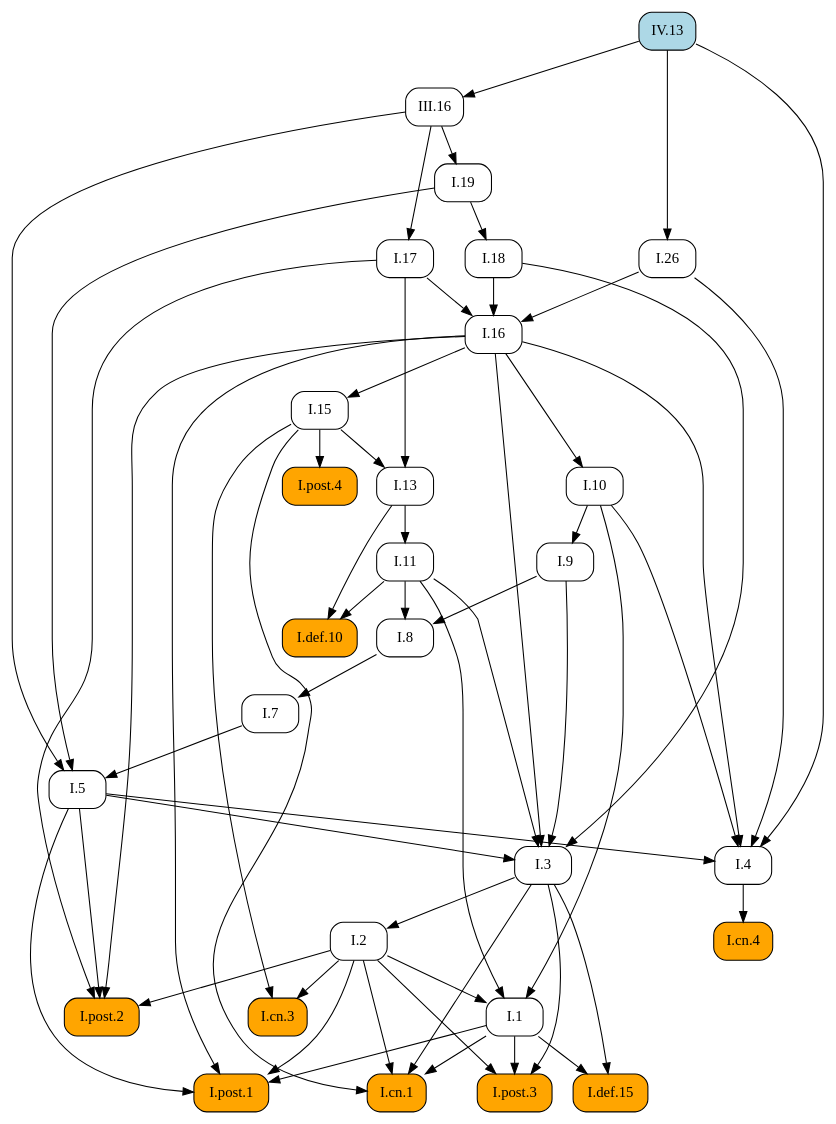
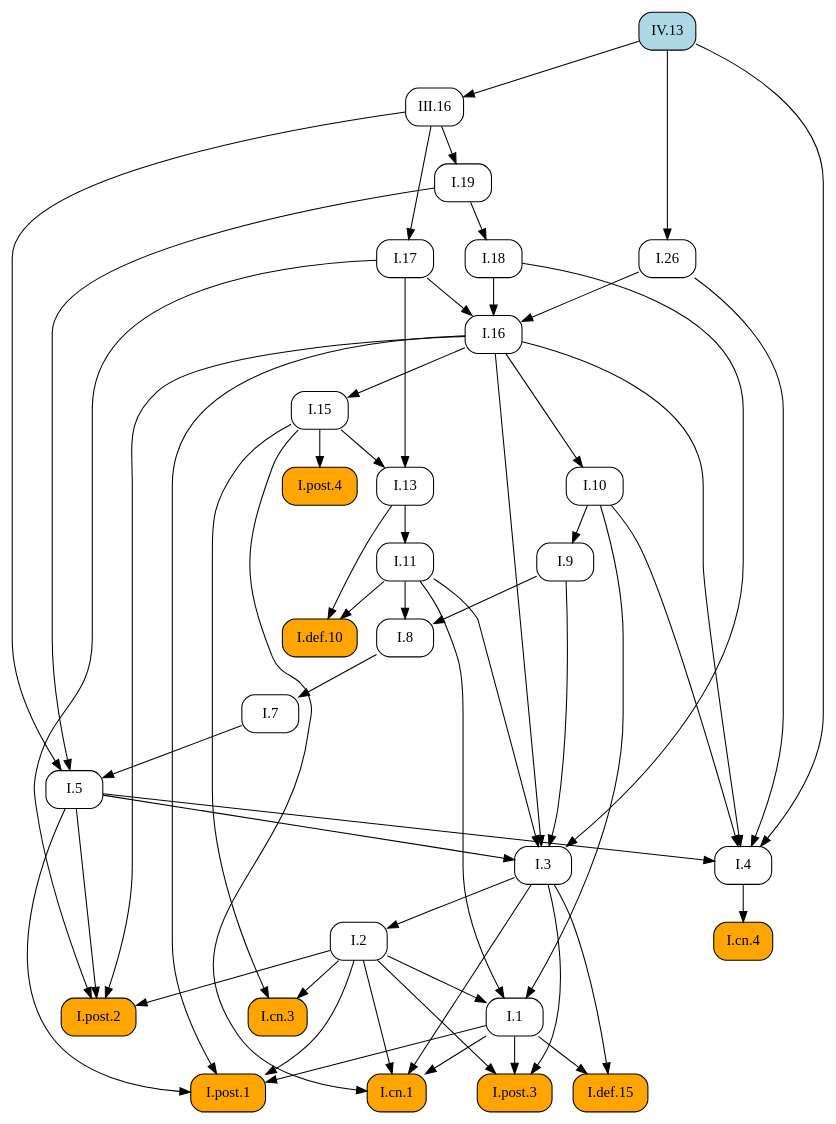
Before and after one commit to geometor/elements: the diagram in docsrc/heath/IV/13/index.rst, drawn with Graphviz. The commit also changed other lines of this file and 484 other files, not shown here.

```diff
--- a/docsrc/heath/IV/13/index.rst
+++ b/docsrc/heath/IV/13/index.rst
@@ -77,89 +77,89 @@
    digraph {
      rankdir="TB";
      node [shape=box, style=rounded];
-     "I.def.10" [style="rounded,filled", fillcolor=orange, URL="/heath/I/def.10/", target="_top"];
-     "I.11" [URL="/heath/I/11/", target="_top"];
-     "I.post.4" [style="rounded,filled", fillcolor=orange, URL="/heath/I/post.4/", target="_top"];
-     "I.1" [URL="/heath/I/1/", target="_top"];
-     "III.16" [URL="/heath/III/16/", target="_top"];
-     "I.26" [URL="/heath/I/26/", target="_top"];
-     "I.7" [URL="/heath/I/7/", target="_top"];
-     "I.3" [URL="/heath/I/3/", target="_top"];
-     "IV.13" [style="rounded,filled", fillcolor=lightblue, URL="/heath/IV/13/", target="_top"];
-     "I.2" [URL="/heath/I/2/", target="_top"];
-     "I.4" [URL="/heath/I/4/", target="_top"];
-     "I.13" [URL="/heath/I/13/", target="_top"];
-     "I.17" [URL="/heath/I/17/", target="_top"];
-     "I.post.2" [style="rounded,filled", fillcolor=orange, URL="/heath/I/post.2/", target="_top"];
-     "I.18" [URL="/heath/I/18/", target="_top"];
-     "I.16" [URL="/heath/I/16/", target="_top"];
-     "I.def.15" [style="rounded,filled", fillcolor=orange, URL="/heath/I/def.15/", target="_top"];
-     "I.19" [URL="/heath/I/19/", target="_top"];
-     "I.post.3" [style="rounded,filled", fillcolor=orange, URL="/heath/I/post.3/", target="_top"];
      "I.9" [URL="/heath/I/9/", target="_top"];
      "I.cn.1" [style="rounded,filled", fillcolor=orange, URL="/heath/I/cn.1/", target="_top"];
+     "I.7" [URL="/heath/I/7/", target="_top"];
+     "I.2" [URL="/heath/I/2/", target="_top"];
+     "I.def.15" [style="rounded,filled", fillcolor=orange, URL="/heath/I/def.15/", target="_top"];
+     "I.13" [URL="/heath/I/13/", target="_top"];
+     "I.post.4" [style="rounded,filled", fillcolor=orange, URL="/heath/I/post.4/", target="_top"];
+     "I.4" [URL="/heath/I/4/", target="_top"];
+     "I.1" [URL="/heath/I/1/", target="_top"];
+     "I.post.3" [style="rounded,filled", fillcolor=orange, URL="/heath/I/post.3/", target="_top"];
+     "I.post.1" [style="rounded,filled", fillcolor=orange, URL="/heath/I/post.1/", target="_top"];
+     "I.5" [URL="/heath/I/5/", target="_top"];
+     "I.19" [URL="/heath/I/19/", target="_top"];
+     "I.17" [URL="/heath/I/17/", target="_top"];
+     "I.8" [URL="/heath/I/8/", target="_top"];
      "I.cn.3" [style="rounded,filled", fillcolor=orange, URL="/heath/I/cn.3/", target="_top"];
-     "I.8" [URL="/heath/I/8/", target="_top"];
+     "III.16" [URL="/heath/III/16/", target="_top"];
+     "I.16" [URL="/heath/I/16/", target="_top"];
+     "I.def.10" [style="rounded,filled", fillcolor=orange, URL="/heath/I/def.10/", target="_top"];
+     "I.18" [URL="/heath/I/18/", target="_top"];
+     "I.15" [URL="/heath/I/15/", target="_top"];
+     "I.10" [URL="/heath/I/10/", target="_top"];
+     "I.11" [URL="/heath/I/11/", target="_top"];
      "I.cn.4" [style="rounded,filled", fillcolor=orange, URL="/heath/I/cn.4/", target="_top"];
-     "I.15" [URL="/heath/I/15/", target="_top"];
-     "I.post.1" [style="rounded,filled", fillcolor=orange, URL="/heath/I/post.1/", target="_top"];
-     "I.10" [URL="/heath/I/10/", target="_top"];
-     "I.5" [URL="/heath/I/5/", target="_top"];
-     "I.11" -> "I.def.10";
-     "I.13" -> "I.def.10";
-     "I.13" -> "I.11";
+     "I.post.2" [style="rounded,filled", fillcolor=orange, URL="/heath/I/post.2/", target="_top"];
+     "I.26" [URL="/heath/I/26/", target="_top"];
+     "IV.13" [style="rounded,filled", fillcolor=lightblue, URL="/heath/IV/13/", target="_top"];
+     "I.3" [URL="/heath/I/3/", target="_top"];
+     "I.10" -> "I.9";
+     "I.1" -> "I.cn.1";
+     "I.2" -> "I.cn.1";
+     "I.3" -> "I.cn.1";
+     "I.15" -> "I.cn.1";
+     "I.8" -> "I.7";
+     "I.3" -> "I.2";
+     "I.1" -> "I.def.15";
+     "I.3" -> "I.def.15";
+     "I.15" -> "I.13";
+     "I.17" -> "I.13";
      "I.15" -> "I.post.4";
+     "I.5" -> "I.4";
+     "I.10" -> "I.4";
+     "I.16" -> "I.4";
+     "I.26" -> "I.4";
+     "IV.13" -> "I.4";
      "I.2" -> "I.1";
      "I.10" -> "I.1";
      "I.11" -> "I.1";
+     "I.1" -> "I.post.3";
+     "I.2" -> "I.post.3";
+     "I.3" -> "I.post.3";
+     "I.1" -> "I.post.1";
+     "I.2" -> "I.post.1";
+     "I.5" -> "I.post.1";
+     "I.16" -> "I.post.1";
+     "I.7" -> "I.5";
+     "I.19" -> "I.5";
+     "III.16" -> "I.5";
+     "III.16" -> "I.19";
+     "III.16" -> "I.17";
+     "I.9" -> "I.8";
+     "I.11" -> "I.8";
+     "I.2" -> "I.cn.3";
+     "I.15" -> "I.cn.3";
      "IV.13" -> "III.16";
+     "I.17" -> "I.16";
+     "I.18" -> "I.16";
+     "I.26" -> "I.16";
+     "I.11" -> "I.def.10";
+     "I.13" -> "I.def.10";
+     "I.19" -> "I.18";
+     "I.16" -> "I.15";
+     "I.16" -> "I.10";
+     "I.13" -> "I.11";
+     "I.4" -> "I.cn.4";
+     "I.2" -> "I.post.2";
+     "I.5" -> "I.post.2";
+     "I.16" -> "I.post.2";
+     "I.17" -> "I.post.2";
      "IV.13" -> "I.26";
-     "I.8" -> "I.7";
      "I.5" -> "I.3";
      "I.9" -> "I.3";
      "I.11" -> "I.3";
      "I.16" -> "I.3";
      "I.18" -> "I.3";
-     "I.3" -> "I.2";
-     "I.5" -> "I.4";
-     "I.10" -> "I.4";
-     "I.16" -> "I.4";
-     "I.26" -> "I.4";
-     "IV.13" -> "I.4";
-     "I.15" -> "I.13";
-     "I.17" -> "I.13";
-     "III.16" -> "I.17";
-     "I.2" -> "I.post.2";
-     "I.5" -> "I.post.2";
-     "I.16" -> "I.post.2";
-     "I.17" -> "I.post.2";
-     "I.19" -> "I.18";
-     "I.17" -> "I.16";
-     "I.18" -> "I.16";
-     "I.26" -> "I.16";
-     "I.1" -> "I.def.15";
-     "I.3" -> "I.def.15";
-     "III.16" -> "I.19";
-     "I.1" -> "I.post.3";
-     "I.2" -> "I.post.3";
-     "I.3" -> "I.post.3";
-     "I.10" -> "I.9";
-     "I.1" -> "I.cn.1";
-     "I.2" -> "I.cn.1";
-     "I.3" -> "I.cn.1";
-     "I.15" -> "I.cn.1";
-     "I.2" -> "I.cn.3";
-     "I.15" -> "I.cn.3";
-     "I.9" -> "I.8";
-     "I.11" -> "I.8";
-     "I.4" -> "I.cn.4";
-     "I.16" -> "I.15";
-     "I.1" -> "I.post.1";
-     "I.2" -> "I.post.1";
-     "I.5" -> "I.post.1";
-     "I.16" -> "I.post.1";
-     "I.16" -> "I.10";
-     "I.7" -> "I.5";
-     "I.19" -> "I.5";
-     "III.16" -> "I.5";
    }
```
